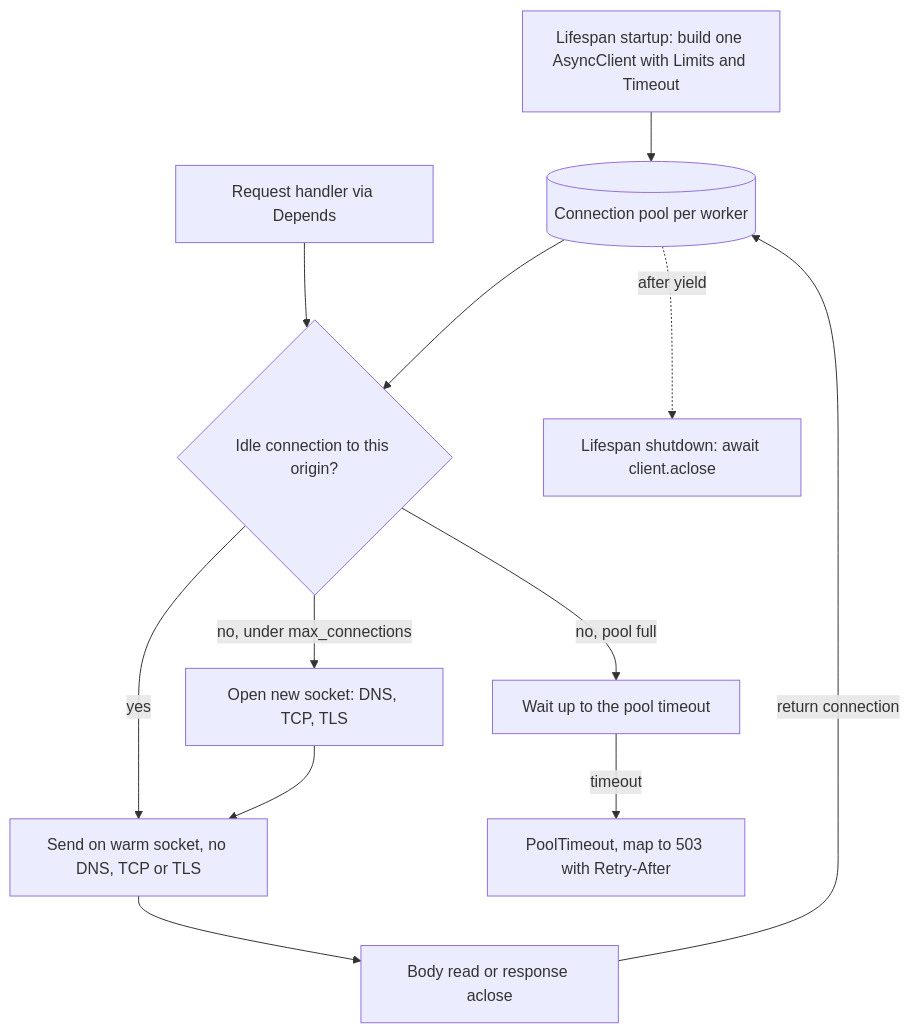
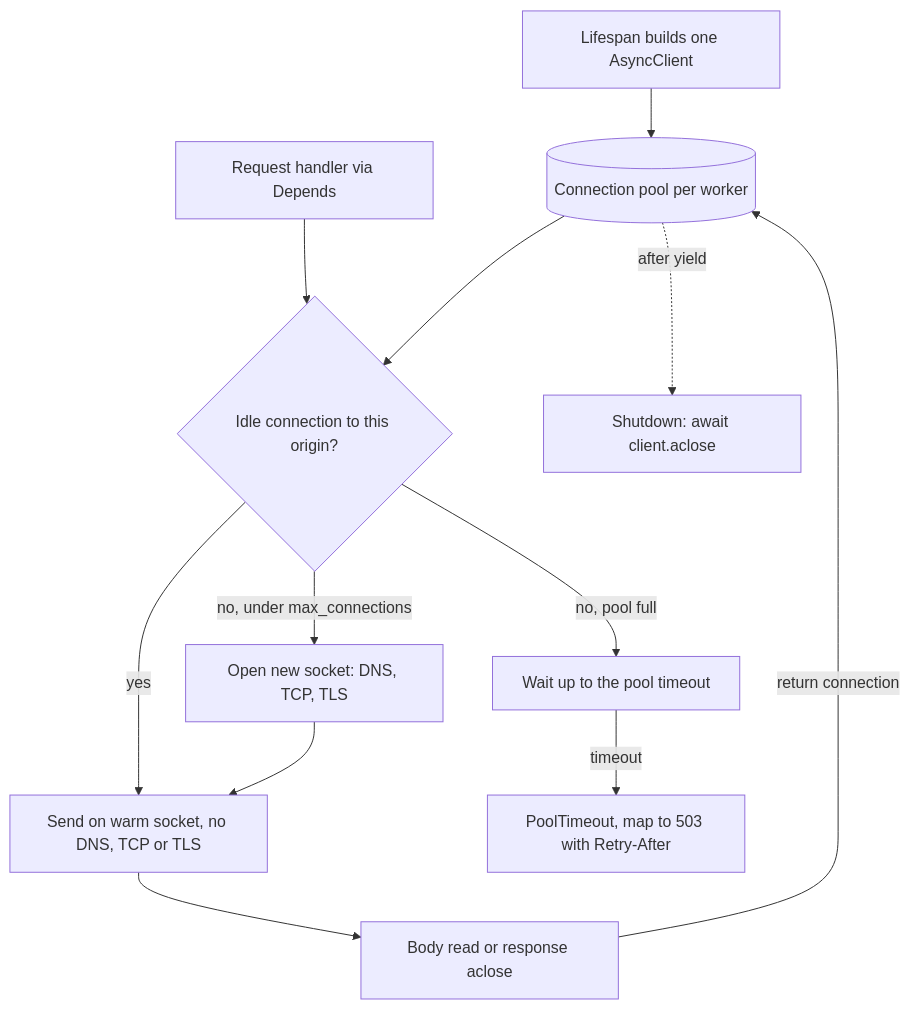
One commit to lovishmahajan97/agentic-learning changed the diagram in content/fastapi-for-ai/shared-httpx-asyncclient.md. Above: the diagram before and after it, drawn with Mermaid. The commit also changed other lines of this file and 278 other files, not shown here.

````diff
--- a/content/fastapi-for-ai/shared-httpx-asyncclient.md
+++ b/content/fastapi-for-ai/shared-httpx-asyncclient.md
@@ -115,14 +115,14 @@
 ```mermaid
 flowchart TD
-    LS["Lifespan startup: build one AsyncClient with Limits and Timeout"] --> P[("Connection pool per worker")]
+    LS["Lifespan builds one AsyncClient"] --> P[("Connection pool per worker")]
     RQ["Request handler via Depends"] --> Q{"Idle connection to this origin?"}
     P --> Q
     Q -->|"yes"| SEND["Send on warm socket, no DNS, TCP or TLS"]
     Q -->|"no, under max_connections"| NEW["Open new socket: DNS, TCP, TLS"]
     Q -->|"no, pool full"| WAIT["Wait up to the pool timeout"]
     WAIT -->|"timeout"| E["PoolTimeout, map to 503 with Retry-After"]
     NEW --> SEND
     SEND --> RD["Body read or response aclose"]
     RD -->|"return connection"| P
-    P -.->|"after yield"| CL["Lifespan shutdown: await client.aclose"]
+    P -.->|"after yield"| CL["Shutdown: await client.aclose"]
 ```
````
